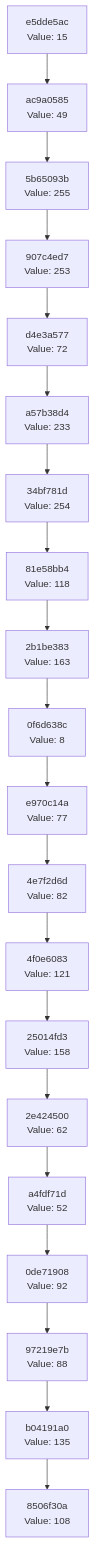
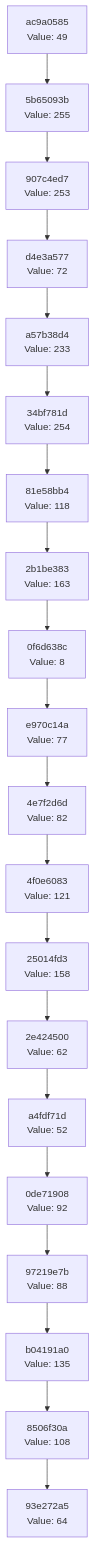
Before and after one commit to Abhisheksinha1506/hash-chain-evolver: the diagram in docs/CHAIN_VISUALIZATION.md, drawn with Mermaid. The commit also changed 2 other files, not shown here.

Commit message:
Evolution Step

````diff
--- a/docs/CHAIN_VISUALIZATION.md
+++ b/docs/CHAIN_VISUALIZATION.md
@@ -3,42 +3,42 @@
 ```mermaid
 graph TD
-    C0["8506f30a<br/>Value: 108"]
-    C1["b04191a0<br/>Value: 135"]
+    C0["93e272a5<br/>Value: 64"]
+    C1["8506f30a<br/>Value: 108"]
     C1 --> C0
-    C2["97219e7b<br/>Value: 88"]
+    C2["b04191a0<br/>Value: 135"]
     C2 --> C1
-    C3["0de71908<br/>Value: 92"]
+    C3["97219e7b<br/>Value: 88"]
     C3 --> C2
-    C4["a4fdf71d<br/>Value: 52"]
+    C4["0de71908<br/>Value: 92"]
     C4 --> C3
-    C5["2e424500<br/>Value: 62"]
+    C5["a4fdf71d<br/>Value: 52"]
     C5 --> C4
-    C6["25014fd3<br/>Value: 158"]
+    C6["2e424500<br/>Value: 62"]
     C6 --> C5
-    C7["4f0e6083<br/>Value: 121"]
+    C7["25014fd3<br/>Value: 158"]
     C7 --> C6
-    C8["4e7f2d6d<br/>Value: 82"]
+    C8["4f0e6083<br/>Value: 121"]
     C8 --> C7
-    C9["e970c14a<br/>Value: 77"]
+    C9["4e7f2d6d<br/>Value: 82"]
     C9 --> C8
-    C10["0f6d638c<br/>Value: 8"]
+    C10["e970c14a<br/>Value: 77"]
     C10 --> C9
-    C11["2b1be383<br/>Value: 163"]
+    C11["0f6d638c<br/>Value: 8"]
     C11 --> C10
-    C12["81e58bb4<br/>Value: 118"]
+    C12["2b1be383<br/>Value: 163"]
     C12 --> C11
-    C13["34bf781d<br/>Value: 254"]
+    C13["81e58bb4<br/>Value: 118"]
     C13 --> C12
-    C14["a57b38d4<br/>Value: 233"]
+    C14["34bf781d<br/>Value: 254"]
     C14 --> C13
-    C15["d4e3a577<br/>Value: 72"]
+    C15["a57b38d4<br/>Value: 233"]
     C15 --> C14
-    C16["907c4ed7<br/>Value: 253"]
+    C16["d4e3a577<br/>Value: 72"]
     C16 --> C15
-    C17["5b65093b<br/>Value: 255"]
+    C17["907c4ed7<br/>Value: 253"]
     C17 --> C16
-    C18["ac9a0585<br/>Value: 49"]
+    C18["5b65093b<br/>Value: 255"]
     C18 --> C17
-    C19["e5dde5ac<br/>Value: 15"]
+    C19["ac9a0585<br/>Value: 49"]
     C19 --> C18
 ```
````
